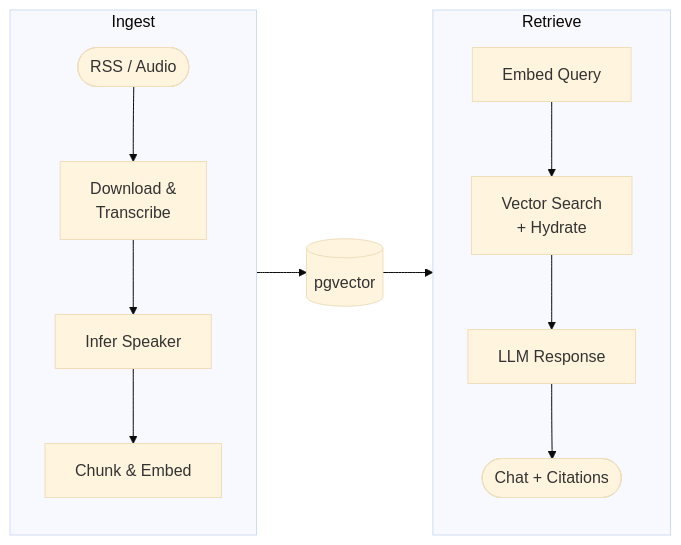
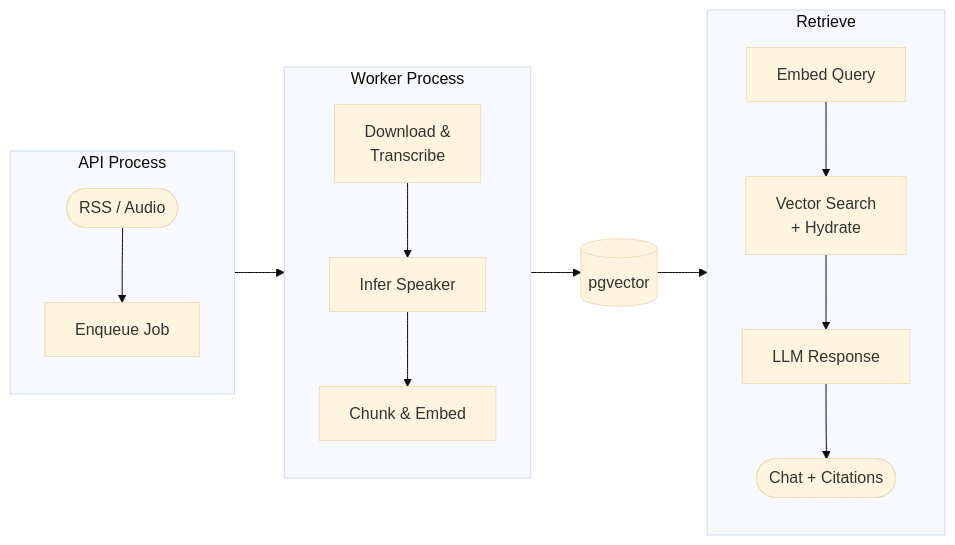
The diagram in README.md (iamcam/throughline), drawn with Mermaid (base theme) before and after one commit. The commit also changed other lines of this file, not shown here.

````diff
--- a/README.md
+++ b/README.md
@@ -30,20 +30,25 @@
 ```mermaid
 flowchart LR
 
-  subgraph Ingest
+  subgraph API Process
     direction TB
-    A([RSS / Audio]) --> B[Download &\nTranscribe]
+    A([RSS / Audio]) --> Q[Enqueue Job]
+  end
+
+  subgraph Worker Process
+    direction TB
+    Q --> B[Download &\nTranscribe]
     B --> C[Infer Speaker]
     C --> D[Chunk & Embed]
   end
 
   subgraph Retrieve
     direction TB
     H[Embed Query] --> I[Vector Search\n+ Hydrate]
     I --> J[LLM Response]
     J --> K([Chat + Citations])
   end
 
-  D --> Q[(pgvector)]
-  Q --> H
+  D --> Pg[(pgvector)]
+  Pg --> H
 ```
````
